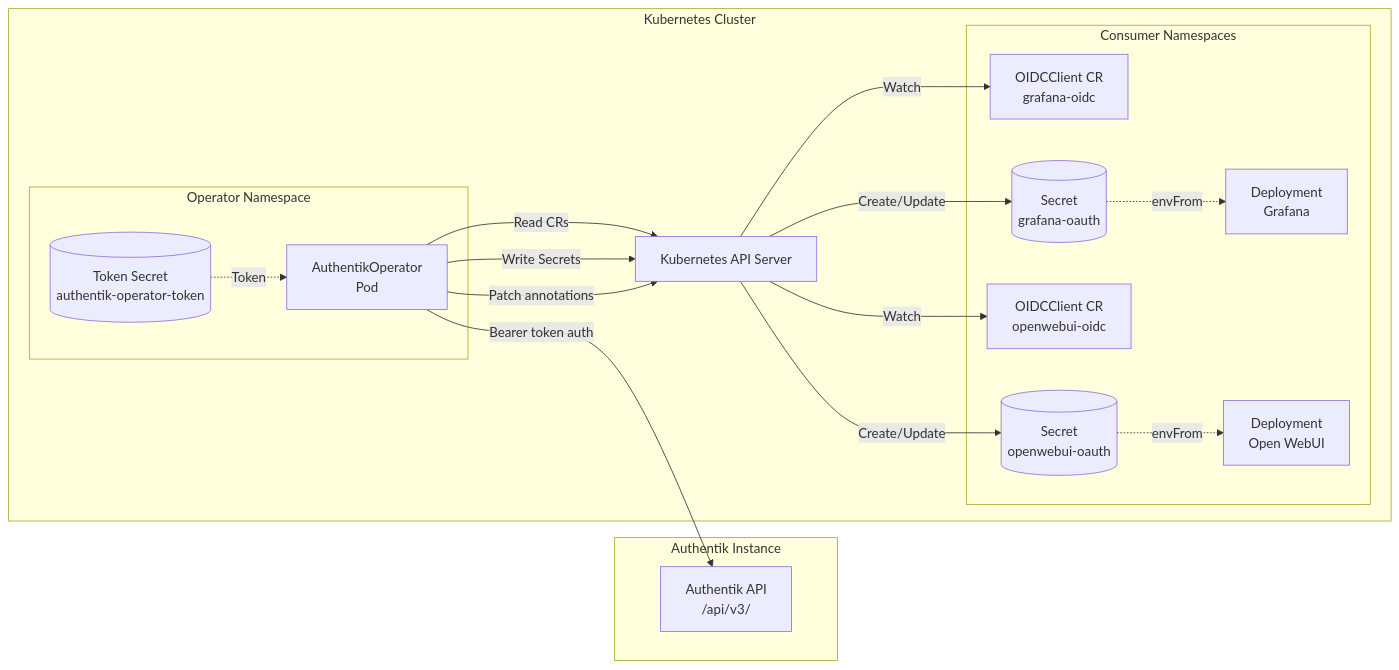
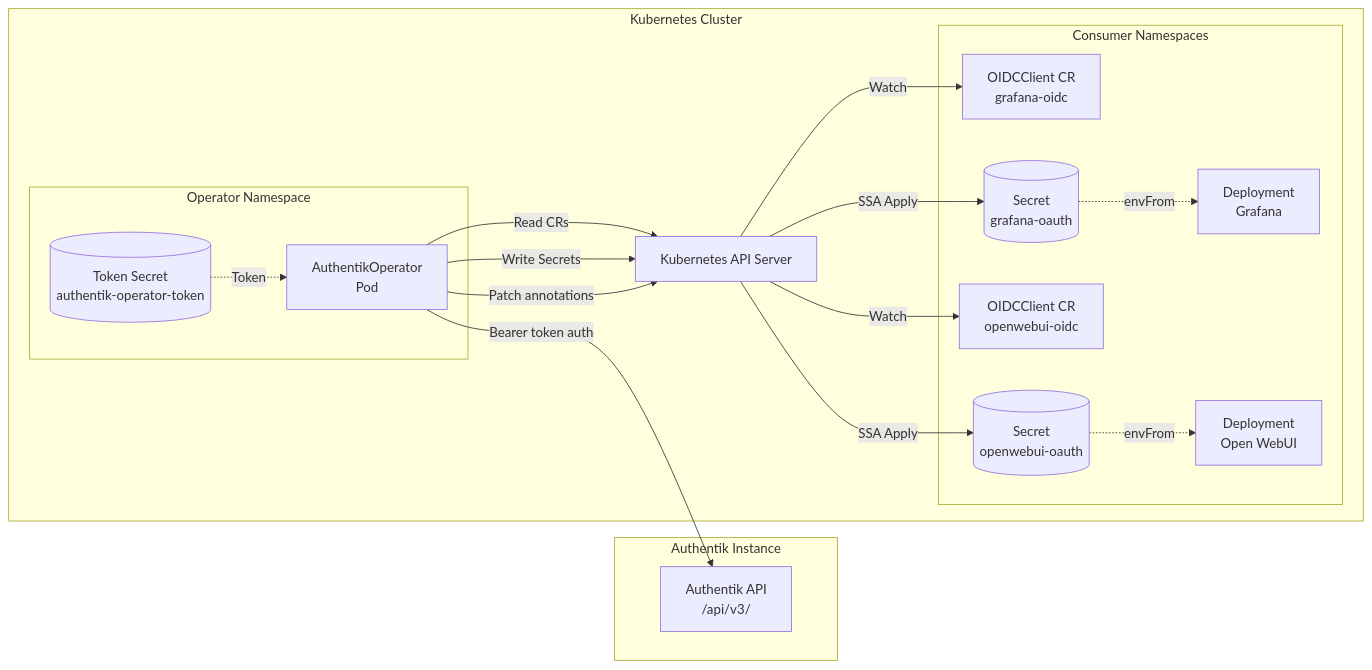
Before and after one commit to kettleofketchup/AuthentikOperator: the first of 2 diagrams in docs/reference/architecture.md, drawn with Mermaid. The commit also changed other lines of this file and 2 other files, not shown here.

Commit message:
docs: document server-side apply and ArgoCD integration

````diff
--- a/docs/reference/architecture.md
+++ b/docs/reference/architecture.md
@@ -11,37 +11,37 @@
 ```mermaid
 graph LR
     subgraph Authentik Instance
         A[Authentik API<br/>/api/v3/]
     end
 
     subgraph Kubernetes Cluster
         subgraph Operator Namespace
             OP[AuthentikOperator<br/>Pod]
             TS[(Token Secret<br/>authentik-operator-token)]
         end
 
         subgraph Consumer Namespaces
             CR1[OIDCClient CR<br/>grafana-oidc]
             S1[(Secret<br/>grafana-oauth)]
             D1[Deployment<br/>Grafana]
 
             CR2[OIDCClient CR<br/>openwebui-oidc]
             S2[(Secret<br/>openwebui-oauth)]
             D2[Deployment<br/>Open WebUI]
         end
 
         API[Kubernetes API Server]
     end
 
     OP -->|Bearer token auth| A
     OP -->|Read CRs| API
     OP -->|Write Secrets| API
     OP -->|Patch annotations| API
     TS -.->|Token| OP
     API -->|Watch| CR1
     API -->|Watch| CR2
-    API -->|Create/Update| S1
-    API -->|Create/Update| S2
+    API -->|SSA Apply| S1
+    API -->|SSA Apply| S2
     S1 -.->|envFrom| D1
     S2 -.->|envFrom| D2
 ```
````
